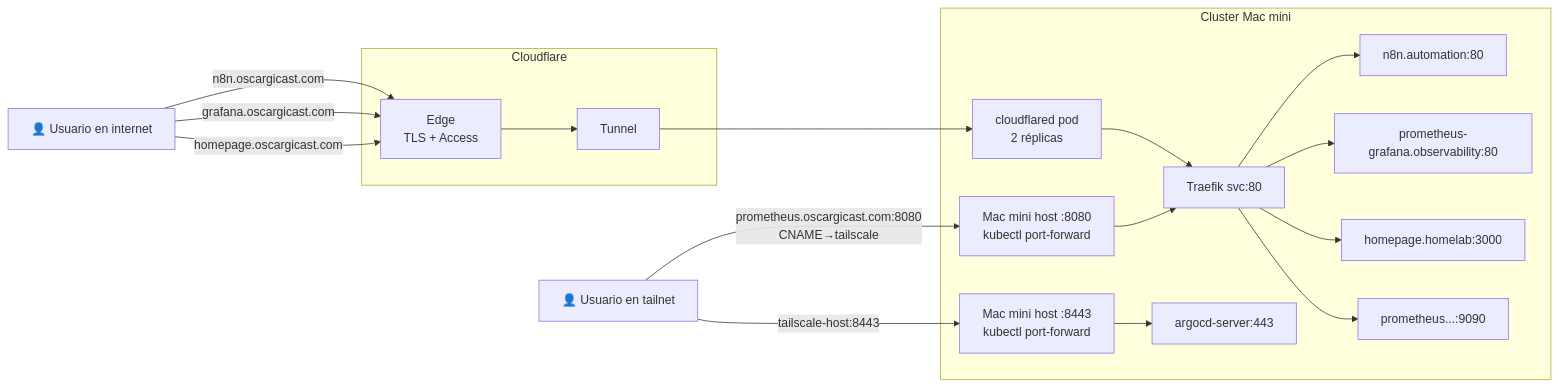
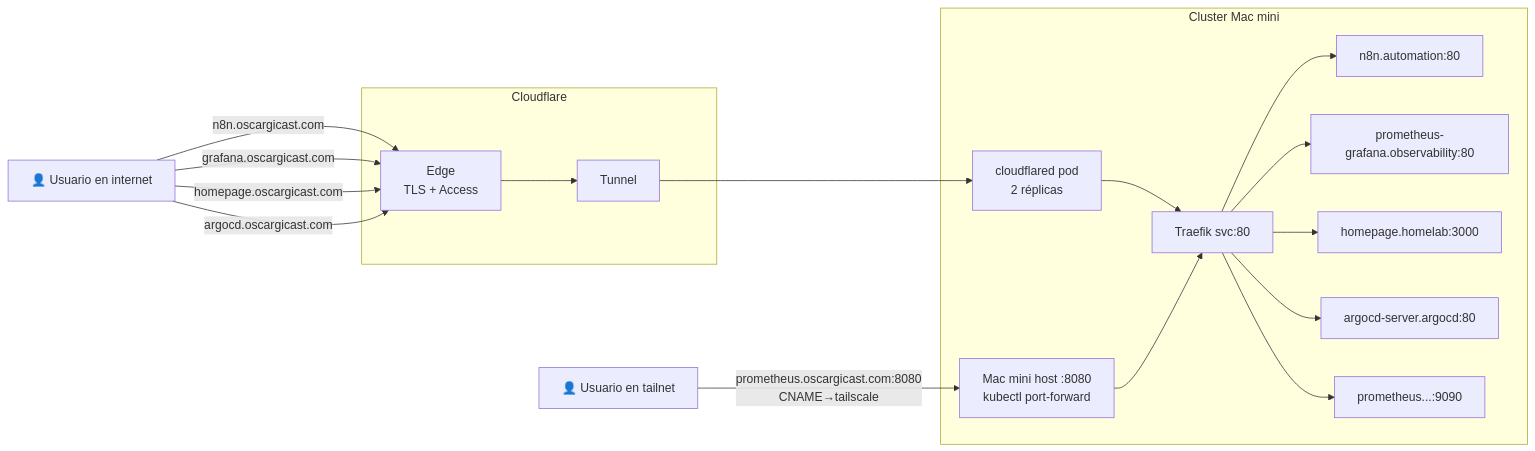
The second of 2 diagrams in README.md (oscargicast/homelab-k8s), drawn with Mermaid before and after one commit. The commit also changed other lines of this file and 3 other files, not shown here.

````diff
--- a/README.md
+++ b/README.md
@@ -27,38 +27,37 @@
 ```mermaid
 graph LR
     USR_EXT[👤 Usuario en internet]
     USR_INT[👤 Usuario en tailnet]
 
     subgraph CF[Cloudflare]
         EDGE[Edge<br/>TLS + Access]
         TUNNEL[Tunnel]
     end
 
     subgraph CLUSTER[Cluster Mac mini]
         CFD[cloudflared pod<br/>2 réplicas]
         TRA[Traefik svc:80]
         PF8080[Mac mini host :8080<br/>kubectl port-forward]
-        PF8443[Mac mini host :8443<br/>kubectl port-forward]
         N8N[n8n.automation:80]
         GRA[prometheus-grafana.observability:80]
         HOM[homepage.homelab:3000]
+        ARGO[argocd-server.argocd:80]
         PROM[prometheus...:9090]
-        ARGO[argocd-server:443]
     end
 
     USR_EXT -->|n8n.oscargicast.com| EDGE
     USR_EXT -->|grafana.oscargicast.com| EDGE
     USR_EXT -->|homepage.oscargicast.com| EDGE
+    USR_EXT -->|argocd.oscargicast.com| EDGE
     EDGE --> TUNNEL
     TUNNEL --> CFD
     CFD --> TRA
     TRA --> N8N
     TRA --> GRA
     TRA --> HOM
+    TRA --> ARGO
 
     USR_INT -->|prometheus.oscargicast.com:8080<br/>CNAME→tailscale| PF8080
     PF8080 --> TRA
     TRA --> PROM
-    USR_INT -->|tailscale-host:8443| PF8443
-    PF8443 --> ARGO
 ```
````
